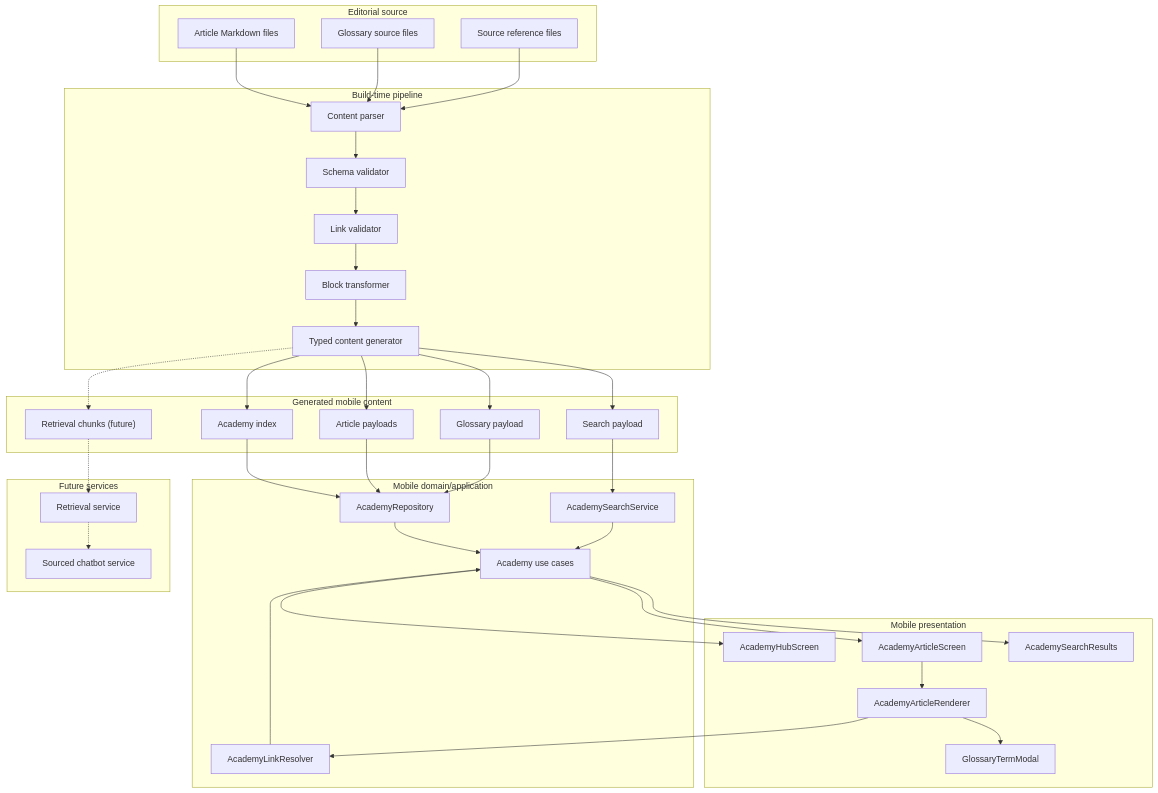
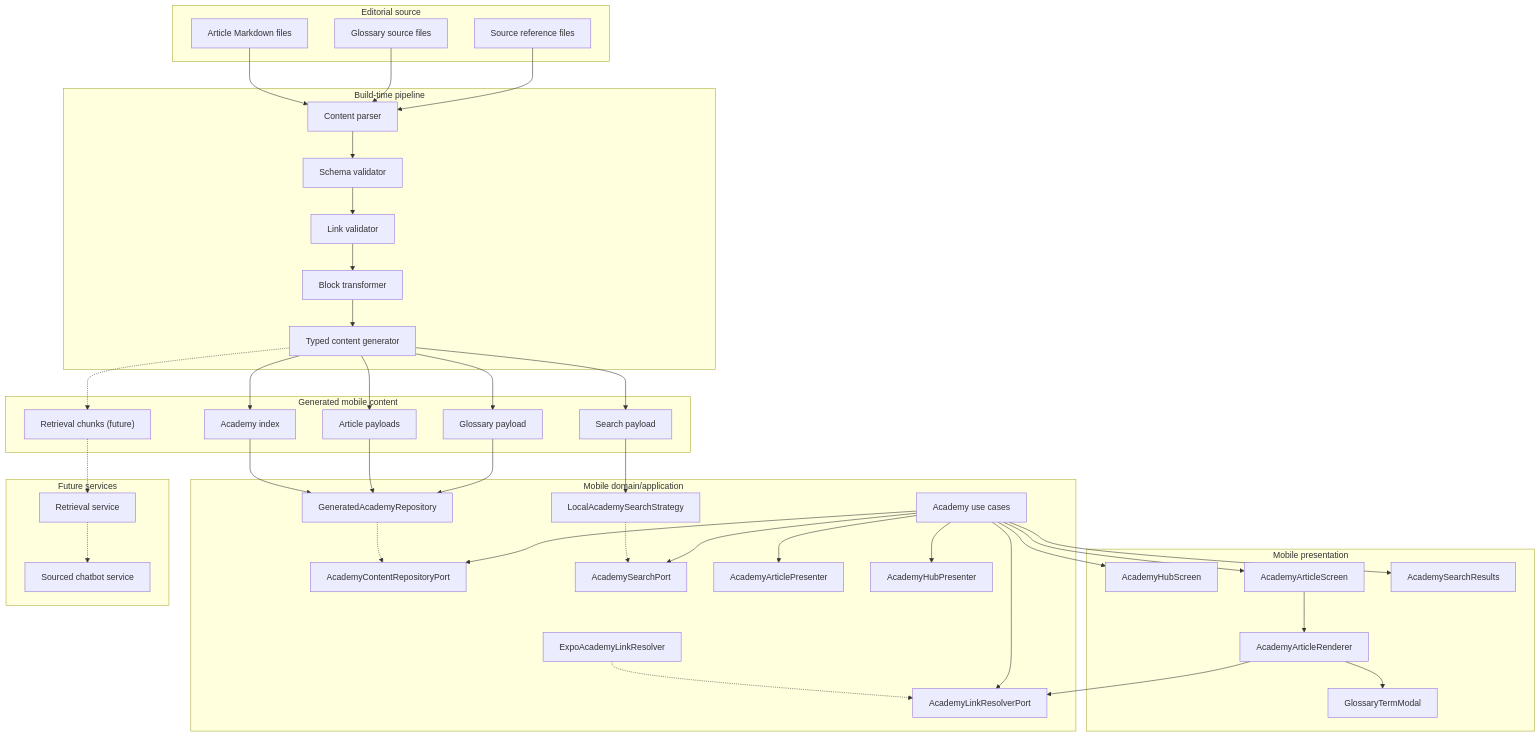
The diagram in docs/architecture/diagrams/academy/04-components.md (benoit-bremaud/brasse-bouillon), drawn with Mermaid before and after one commit. The commit also changed other lines of this file and 16 other files, not shown here.

```diff
--- a/docs/architecture/diagrams/academy/04-components.md
+++ b/docs/architecture/diagrams/academy/04-components.md
@@ -35,10 +35,15 @@
   end
 
   subgraph MobileDomain ["Mobile domain/application"]
-    AcademyRepository["AcademyRepository"]
+    RepositoryPort["AcademyContentRepositoryPort"]
+    SearchPort["AcademySearchPort"]
+    LinkResolverPort["AcademyLinkResolverPort"]
+    AcademyRepository["GeneratedAcademyRepository"]
     AcademyUseCases["Academy use cases"]
-    SearchService["AcademySearchService"]
-    LinkResolver["AcademyLinkResolver"]
+    SearchService["LocalAcademySearchStrategy"]
+    LinkResolver["ExpoAcademyLinkResolver"]
+    ArticlePresenter["AcademyArticlePresenter"]
+    HubPresenter["AcademyHubPresenter"]
   end
 
   subgraph MobilePresentation ["Mobile presentation"]
@@ -73,16 +78,22 @@
   GlossaryPayload --> AcademyRepository
   SearchPayload --> SearchService
 
-  AcademyRepository --> AcademyUseCases
-  SearchService --> AcademyUseCases
-  LinkResolver --> AcademyUseCases
+  AcademyRepository -.-> RepositoryPort
+  SearchService -.-> SearchPort
+  LinkResolver -.-> LinkResolverPort
+
+  AcademyUseCases --> RepositoryPort
+  AcademyUseCases --> SearchPort
+  AcademyUseCases --> LinkResolverPort
+  AcademyUseCases --> ArticlePresenter
+  AcademyUseCases --> HubPresenter
 
   AcademyUseCases --> HubScreen
   AcademyUseCases --> ArticleScreen
   AcademyUseCases --> SearchResults
   ArticleScreen --> ArticleRenderer
   ArticleRenderer --> GlossaryModal
-  ArticleRenderer --> LinkResolver
+  ArticleRenderer --> LinkResolverPort
 
   RetrievalChunks -.-> RetrievalService
   RetrievalService -.-> ChatbotService
```
